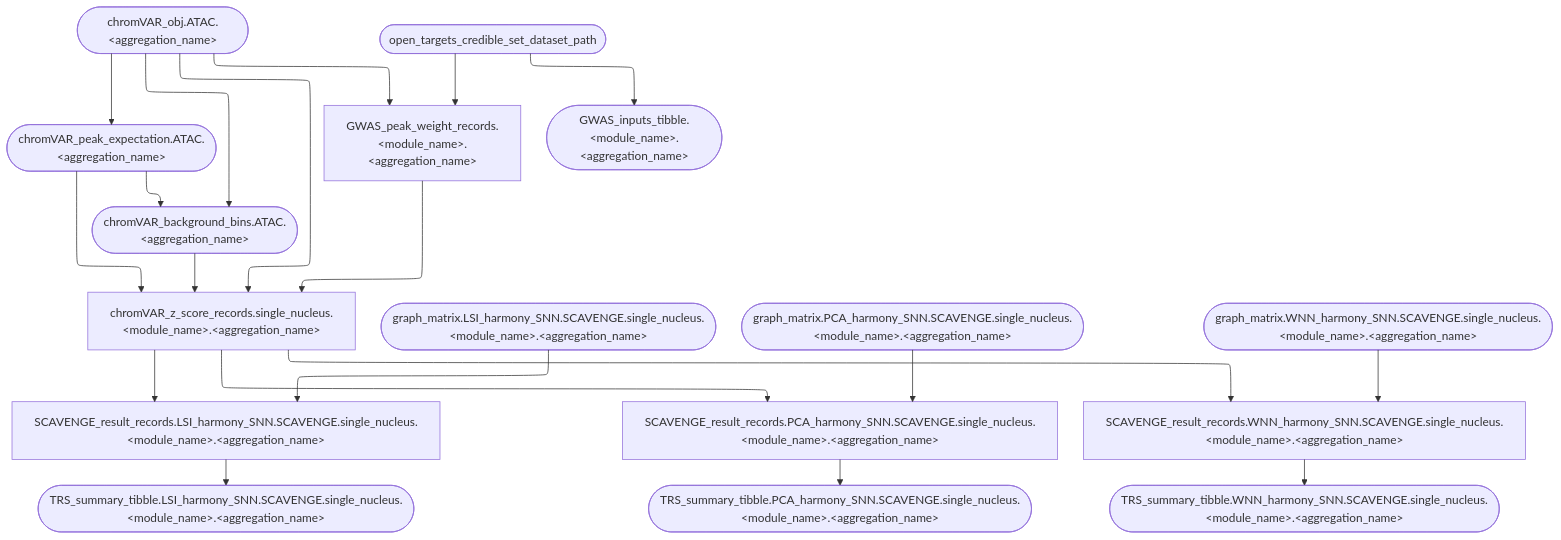
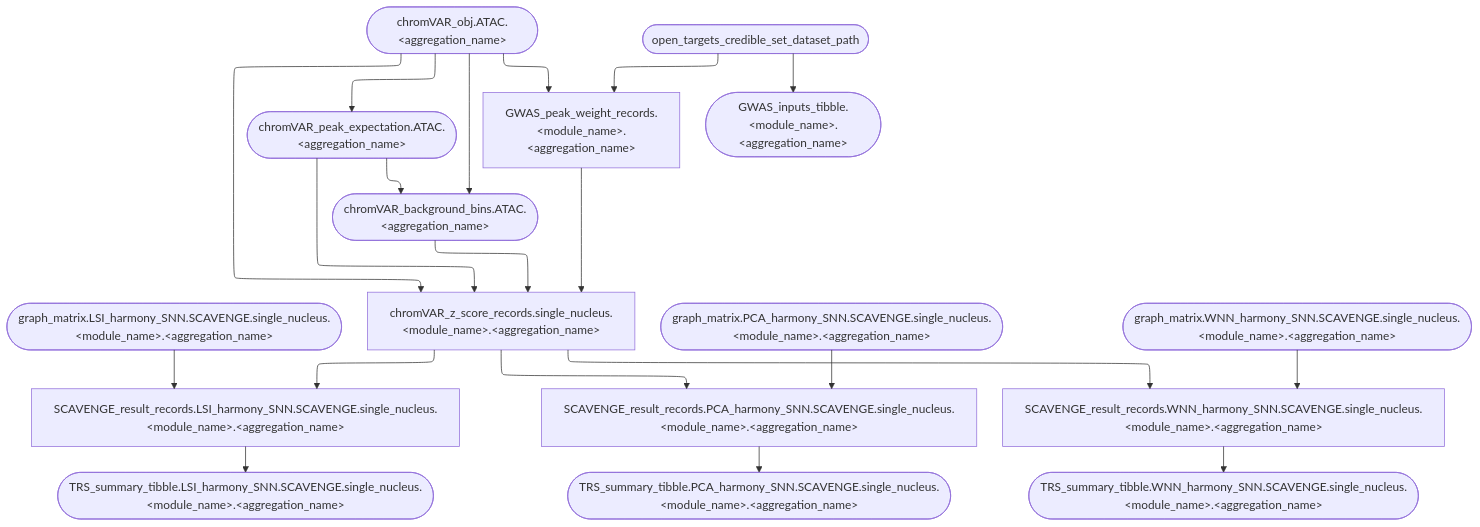
Before and after one commit to koefoeden/multiomeR: the diagram in website/figures/human_curated/genetic_enrichment_single_nucleus_v2.mmd, drawn with Mermaid. The commit also changed other lines of this file and 25 other files, not shown here.

```diff
--- a/website/figures/human_curated/genetic_enrichment_single_nucleus_v2.mmd
+++ b/website/figures/human_curated/genetic_enrichment_single_nucleus_v2.mmd
@@ -1,21 +1,21 @@
 %%{init: {'flowchart': {'defaultRenderer': 'elk'}}}%%
 flowchart TB
   chromVAR_peak_expectation.ATAC.immune_human_2x(["chromVAR_peak_expectation.ATAC.&lt;aggregation_name&gt;"]):::none --> chromVAR_background_bins.ATAC.immune_human_2x(["chromVAR_background_bins.ATAC.&lt;aggregation_name&gt;"]):::none
   chromVAR_obj.ATAC.immune_human_2x(["chromVAR_obj.ATAC.&lt;aggregation_name&gt;"]):::none --> chromVAR_background_bins.ATAC.immune_human_2x(["chromVAR_background_bins.ATAC.&lt;aggregation_name&gt;"]):::none
   chromVAR_obj.ATAC.immune_human_2x(["chromVAR_obj.ATAC.&lt;aggregation_name&gt;"]):::none --> chromVAR_peak_expectation.ATAC.immune_human_2x(["chromVAR_peak_expectation.ATAC.&lt;aggregation_name&gt;"]):::none
+  graph_matrix.LSI_harmony_SNN.SCAVENGE.single_nucleus.genetic_enrichment.immune_human_2x(["graph_matrix.LSI_harmony_SNN.SCAVENGE.single_nucleus.&lt;module_name&gt;.&lt;aggregation_name&gt;"]):::none --> SCAVENGE_result_records.LSI_harmony_SNN.SCAVENGE.single_nucleus.genetic_enrichment.immune_human_2x["SCAVENGE_result_records.LSI_harmony_SNN.SCAVENGE.single_nucleus.&lt;module_name&gt;.&lt;aggregation_name&gt;"]:::none
   chromVAR_z_score_records.single_nucleus.genetic_enrichment.immune_human_2x["chromVAR_z_score_records.single_nucleus.&lt;module_name&gt;.&lt;aggregation_name&gt;"]:::none --> SCAVENGE_result_records.LSI_harmony_SNN.SCAVENGE.single_nucleus.genetic_enrichment.immune_human_2x["SCAVENGE_result_records.LSI_harmony_SNN.SCAVENGE.single_nucleus.&lt;module_name&gt;.&lt;aggregation_name&gt;"]:::none
-  graph_matrix.LSI_harmony_SNN.SCAVENGE.single_nucleus.genetic_enrichment.immune_human_2x(["graph_matrix.LSI_harmony_SNN.SCAVENGE.single_nucleus.&lt;module_name&gt;.&lt;aggregation_name&gt;"]):::none --> SCAVENGE_result_records.LSI_harmony_SNN.SCAVENGE.single_nucleus.genetic_enrichment.immune_human_2x["SCAVENGE_result_records.LSI_harmony_SNN.SCAVENGE.single_nucleus.&lt;module_name&gt;.&lt;aggregation_name&gt;"]:::none
+  chromVAR_z_score_records.single_nucleus.genetic_enrichment.immune_human_2x["chromVAR_z_score_records.single_nucleus.&lt;module_name&gt;.&lt;aggregation_name&gt;"]:::none --> SCAVENGE_result_records.PCA_harmony_SNN.SCAVENGE.single_nucleus.genetic_enrichment.immune_human_2x["SCAVENGE_result_records.PCA_harmony_SNN.SCAVENGE.single_nucleus.&lt;module_name&gt;.&lt;aggregation_name&gt;"]:::none
   graph_matrix.PCA_harmony_SNN.SCAVENGE.single_nucleus.genetic_enrichment.immune_human_2x(["graph_matrix.PCA_harmony_SNN.SCAVENGE.single_nucleus.&lt;module_name&gt;.&lt;aggregation_name&gt;"]):::none --> SCAVENGE_result_records.PCA_harmony_SNN.SCAVENGE.single_nucleus.genetic_enrichment.immune_human_2x["SCAVENGE_result_records.PCA_harmony_SNN.SCAVENGE.single_nucleus.&lt;module_name&gt;.&lt;aggregation_name&gt;"]:::none
-  chromVAR_z_score_records.single_nucleus.genetic_enrichment.immune_human_2x["chromVAR_z_score_records.single_nucleus.&lt;module_name&gt;.&lt;aggregation_name&gt;"]:::none --> SCAVENGE_result_records.PCA_harmony_SNN.SCAVENGE.single_nucleus.genetic_enrichment.immune_human_2x["SCAVENGE_result_records.PCA_harmony_SNN.SCAVENGE.single_nucleus.&lt;module_name&gt;.&lt;aggregation_name&gt;"]:::none
+  graph_matrix.WNN_harmony_SNN.SCAVENGE.single_nucleus.genetic_enrichment.immune_human_2x(["graph_matrix.WNN_harmony_SNN.SCAVENGE.single_nucleus.&lt;module_name&gt;.&lt;aggregation_name&gt;"]):::none --> SCAVENGE_result_records.WNN_harmony_SNN.SCAVENGE.single_nucleus.genetic_enrichment.immune_human_2x["SCAVENGE_result_records.WNN_harmony_SNN.SCAVENGE.single_nucleus.&lt;module_name&gt;.&lt;aggregation_name&gt;"]:::none
   chromVAR_z_score_records.single_nucleus.genetic_enrichment.immune_human_2x["chromVAR_z_score_records.single_nucleus.&lt;module_name&gt;.&lt;aggregation_name&gt;"]:::none --> SCAVENGE_result_records.WNN_harmony_SNN.SCAVENGE.single_nucleus.genetic_enrichment.immune_human_2x["SCAVENGE_result_records.WNN_harmony_SNN.SCAVENGE.single_nucleus.&lt;module_name&gt;.&lt;aggregation_name&gt;"]:::none
-  graph_matrix.WNN_harmony_SNN.SCAVENGE.single_nucleus.genetic_enrichment.immune_human_2x(["graph_matrix.WNN_harmony_SNN.SCAVENGE.single_nucleus.&lt;module_name&gt;.&lt;aggregation_name&gt;"]):::none --> SCAVENGE_result_records.WNN_harmony_SNN.SCAVENGE.single_nucleus.genetic_enrichment.immune_human_2x["SCAVENGE_result_records.WNN_harmony_SNN.SCAVENGE.single_nucleus.&lt;module_name&gt;.&lt;aggregation_name&gt;"]:::none
   chromVAR_obj.ATAC.immune_human_2x(["chromVAR_obj.ATAC.&lt;aggregation_name&gt;"]):::none --> chromVAR_z_score_records.single_nucleus.genetic_enrichment.immune_human_2x["chromVAR_z_score_records.single_nucleus.&lt;module_name&gt;.&lt;aggregation_name&gt;"]:::none
+  chromVAR_peak_expectation.ATAC.immune_human_2x(["chromVAR_peak_expectation.ATAC.&lt;aggregation_name&gt;"]):::none --> chromVAR_z_score_records.single_nucleus.genetic_enrichment.immune_human_2x["chromVAR_z_score_records.single_nucleus.&lt;module_name&gt;.&lt;aggregation_name&gt;"]:::none
   chromVAR_background_bins.ATAC.immune_human_2x(["chromVAR_background_bins.ATAC.&lt;aggregation_name&gt;"]):::none --> chromVAR_z_score_records.single_nucleus.genetic_enrichment.immune_human_2x["chromVAR_z_score_records.single_nucleus.&lt;module_name&gt;.&lt;aggregation_name&gt;"]:::none
-  chromVAR_peak_expectation.ATAC.immune_human_2x(["chromVAR_peak_expectation.ATAC.&lt;aggregation_name&gt;"]):::none --> chromVAR_z_score_records.single_nucleus.genetic_enrichment.immune_human_2x["chromVAR_z_score_records.single_nucleus.&lt;module_name&gt;.&lt;aggregation_name&gt;"]:::none
   GWAS_peak_weight_records.genetic_enrichment.immune_human_2x["GWAS_peak_weight_records.&lt;module_name&gt;.&lt;aggregation_name&gt;"]:::none --> chromVAR_z_score_records.single_nucleus.genetic_enrichment.immune_human_2x["chromVAR_z_score_records.single_nucleus.&lt;module_name&gt;.&lt;aggregation_name&gt;"]:::none
   chromVAR_obj.ATAC.immune_human_2x(["chromVAR_obj.ATAC.&lt;aggregation_name&gt;"]):::none --> GWAS_peak_weight_records.genetic_enrichment.immune_human_2x["GWAS_peak_weight_records.&lt;module_name&gt;.&lt;aggregation_name&gt;"]:::none
   open_targets_credible_set_dataset_path(["open_targets_credible_set_dataset_path"]):::none --> GWAS_inputs_tibble.genetic_enrichment.immune_human_2x(["GWAS_inputs_tibble.&lt;module_name&gt;.&lt;aggregation_name&gt;"]):::none
   open_targets_credible_set_dataset_path(["open_targets_credible_set_dataset_path"]):::none --> GWAS_peak_weight_records.genetic_enrichment.immune_human_2x["GWAS_peak_weight_records.&lt;module_name&gt;.&lt;aggregation_name&gt;"]:::none
   SCAVENGE_result_records.LSI_harmony_SNN.SCAVENGE.single_nucleus.genetic_enrichment.immune_human_2x["SCAVENGE_result_records.LSI_harmony_SNN.SCAVENGE.single_nucleus.&lt;module_name&gt;.&lt;aggregation_name&gt;"]:::none --> TRS_summary_tibble.LSI_harmony_SNN.SCAVENGE.single_nucleus.genetic_enrichment.immune_human_2x(["TRS_summary_tibble.LSI_harmony_SNN.SCAVENGE.single_nucleus.&lt;module_name&gt;.&lt;aggregation_name&gt;"]):::none
   SCAVENGE_result_records.PCA_harmony_SNN.SCAVENGE.single_nucleus.genetic_enrichment.immune_human_2x["SCAVENGE_result_records.PCA_harmony_SNN.SCAVENGE.single_nucleus.&lt;module_name&gt;.&lt;aggregation_name&gt;"]:::none --> TRS_summary_tibble.PCA_harmony_SNN.SCAVENGE.single_nucleus.genetic_enrichment.immune_human_2x(["TRS_summary_tibble.PCA_harmony_SNN.SCAVENGE.single_nucleus.&lt;module_name&gt;.&lt;aggregation_name&gt;"]):::none
   SCAVENGE_result_records.WNN_harmony_SNN.SCAVENGE.single_nucleus.genetic_enrichment.immune_human_2x["SCAVENGE_result_records.WNN_harmony_SNN.SCAVENGE.single_nucleus.&lt;module_name&gt;.&lt;aggregation_name&gt;"]:::none --> TRS_summary_tibble.WNN_harmony_SNN.SCAVENGE.single_nucleus.genetic_enrichment.immune_human_2x(["TRS_summary_tibble.WNN_harmony_SNN.SCAVENGE.single_nucleus.&lt;module_name&gt;.&lt;aggregation_name&gt;"]):::none
```
